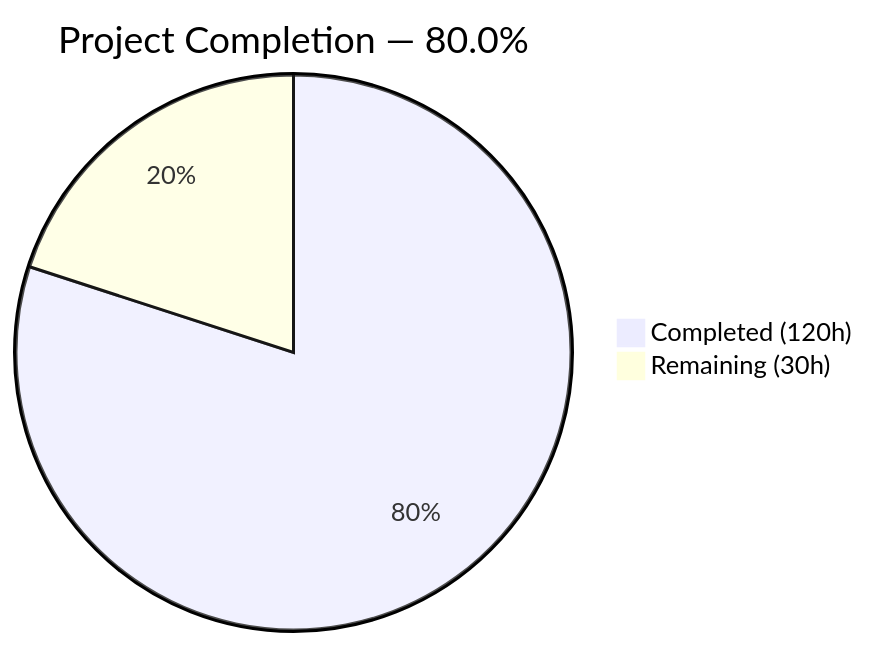
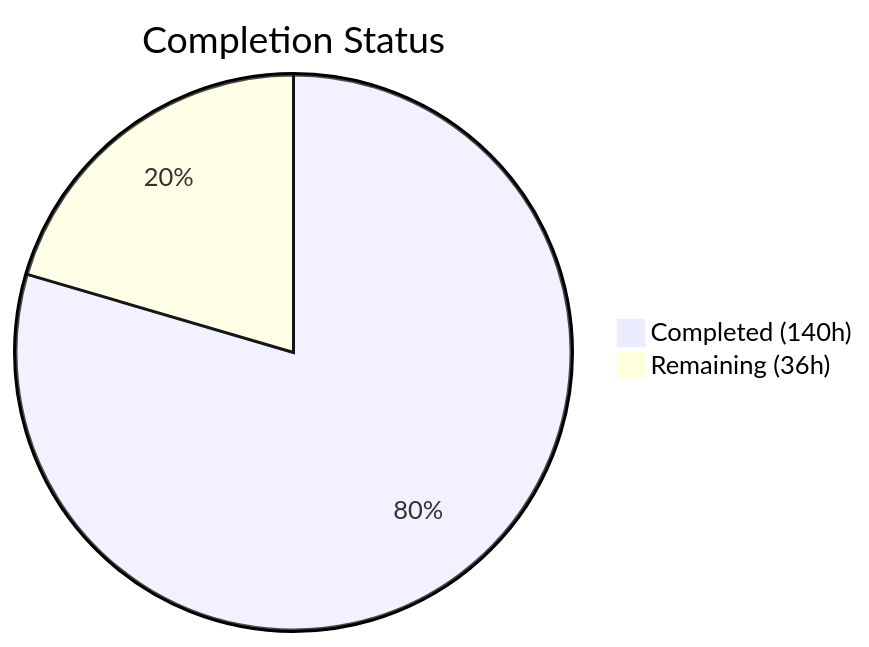
The first of 2 diagrams in blitzy/documentation/Project Guide.md (Blitzy-Sandbox/blitzy-cal), drawn with Mermaid before and after one commit. The commit also changed other lines of this file, not shown here.

Commit message:
Adding Blitzy Project Guide: Project Status and Human Tasks Remaining

````diff
--- a/blitzy/documentation/Project Guide.md
+++ b/blitzy/documentation/Project Guide.md
@@ -13,5 +13,5 @@
 ```mermaid
-pie title Project Completion — 80.0%
-    "Completed (120h)" : 120
-    "Remaining (30h)" : 30
+pie title Completion Status
+    "Completed (140h)" : 140
+    "Remaining (36h)" : 36
 ```
````
